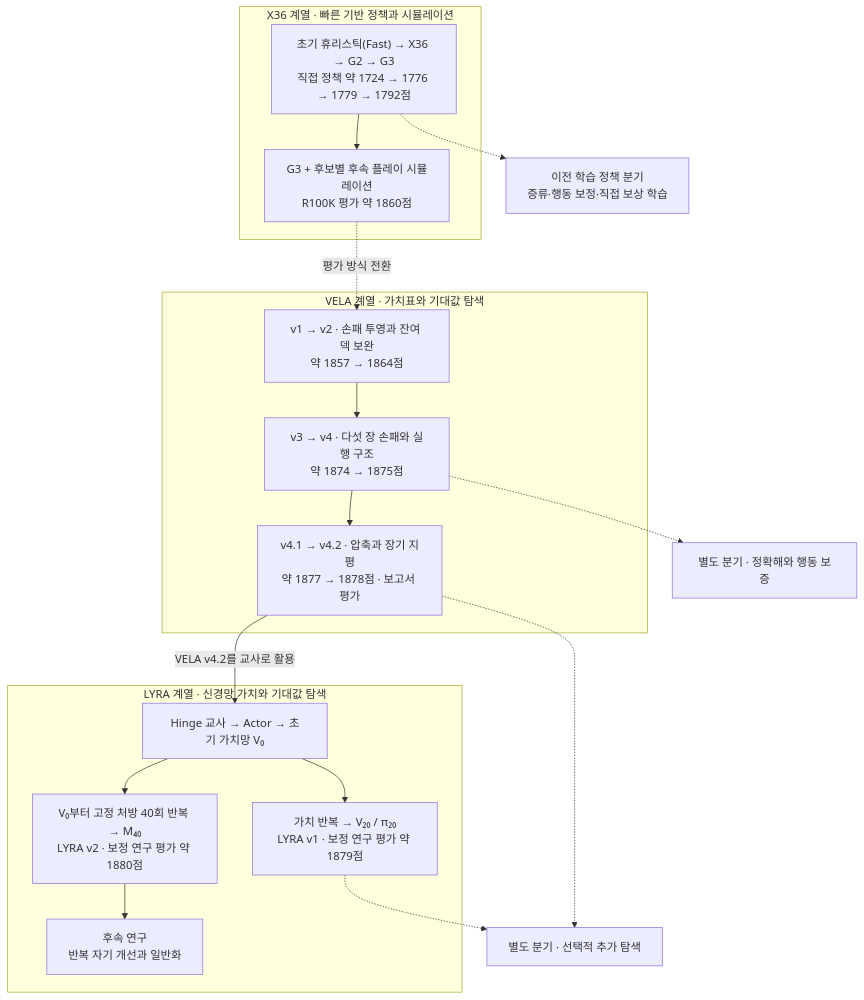
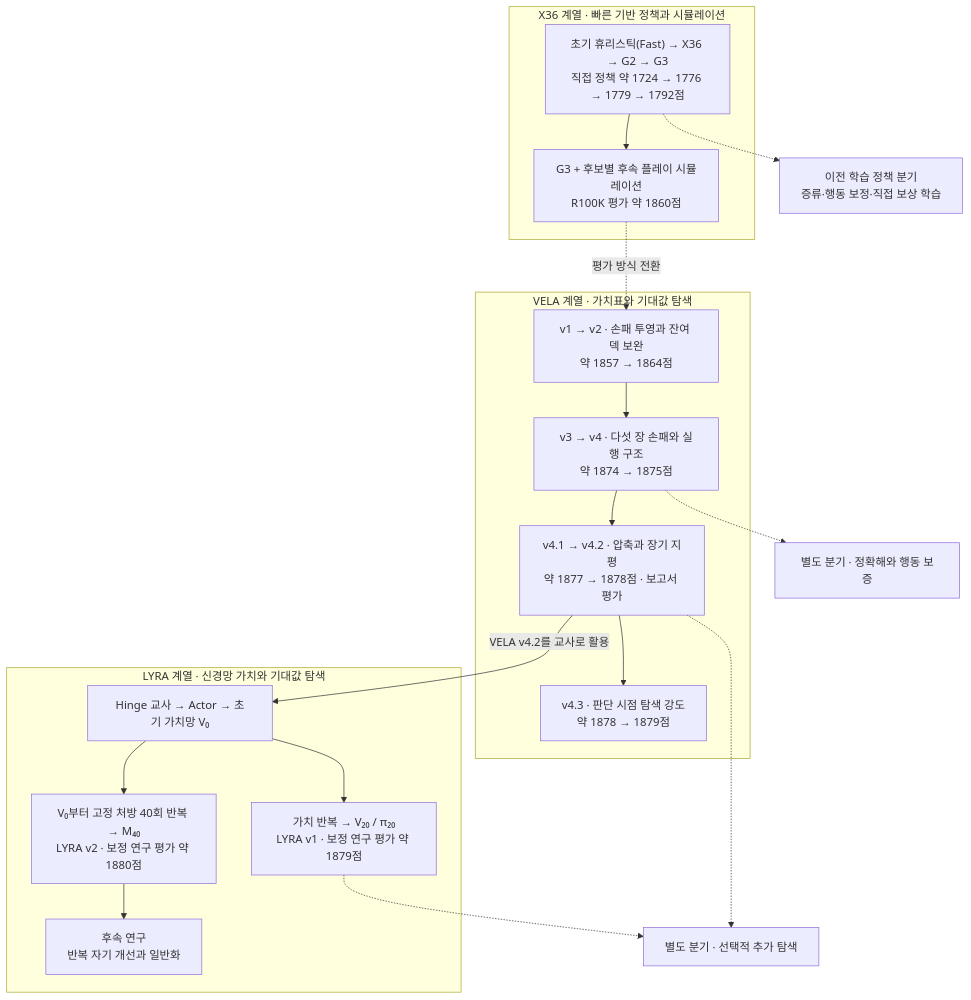
Before and after one commit to alfm201/adventure: the diagram in research/README.ko.md, drawn with Mermaid. The commit also changed other lines of this file and 9 other files, not shown here.

````diff
--- a/research/README.ko.md
+++ b/research/README.ko.md
@@ -21,28 +21,29 @@
 ```mermaid
 flowchart TD
     subgraph X["X36 계열 · 빠른 기반 정책과 시뮬레이션"]
         X0["초기 휴리스틱(Fast) → X36 → G2 → G3<br/>직접 정책 약 1724 → 1776 → 1779 → 1792점"]
         X1["G3 + 후보별 후속 플레이 시뮬레이션<br/>R100K 평가 약 1860점"]
         X0 --> X1
     end
     subgraph V["VELA 계열 · 가치표와 기대값 탐색"]
         V1["v1 → v2 · 손패 투영과 잔여 덱 보완<br/>약 1857 → 1864점"]
         V2["v3 → v4 · 다섯 장 손패와 실행 구조<br/>약 1874 → 1875점"]
         V3["v4.1 → v4.2 · 압축과 장기 지평<br/>약 1877 → 1878점 · 보고서 평가"]
-        V1 --> V2 --> V3
+        V4["v4.3 · 판단 시점 탐색 강도<br/>약 1878 → 1879점"]
+        V1 --> V2 --> V3 --> V4
     end
     subgraph L["LYRA 계열 · 신경망 가치와 기대값 탐색"]
         L0["Hinge 교사 → Actor → 초기 가치망 V₀"]
         L1["가치 반복 → V₂₀ / π₂₀<br/>LYRA v1 · 보정 연구 평가 약 1879점"]
         L3["V₀부터 고정 처방 40회 반복 → M₄₀<br/>LYRA v2 · 보정 연구 평가 약 1880점"]
         L2["후속 연구<br/>반복 자기 개선과 일반화"]
         L0 --> L1
         L0 --> L3 --> L2
     end
     X1 -. "평가 방식 전환" .-> V1
     X0 -.-> N["이전 학습 정책 분기<br/>증류·행동 보정·직접 보상 학습"]
     V3 -->|"VELA v4.2를 교사로 활용"| L0
     V2 -.-> E["별도 분기 · 정확해와 행동 보증"]
     V3 -.-> S["별도 분기 · 선택적 추가 탐색"]
     L1 -.-> S
 ```
````
